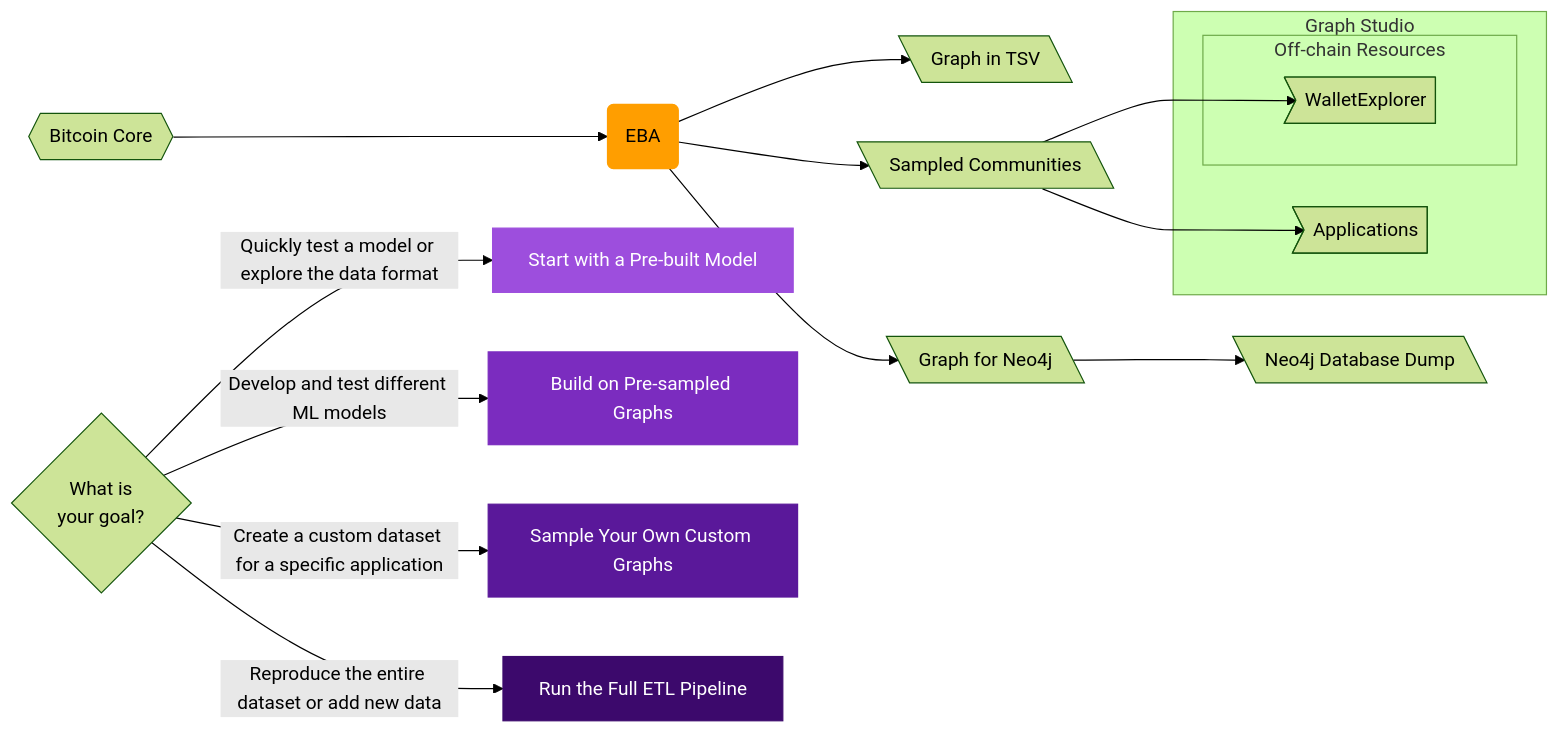
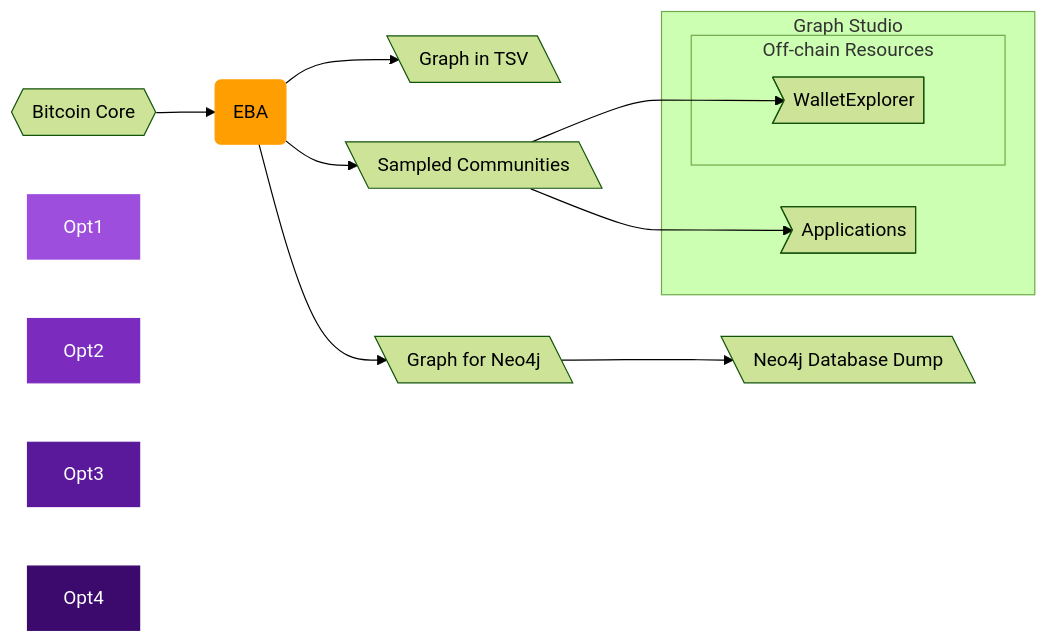
The second of 2 diagrams in README.md (VJalili/MSPC), drawn with Mermaid (forest theme) before and after one commit.

````diff
--- a/README.md
+++ b/README.md
@@ -32,37 +32,30 @@
 ```mermaid
 graph LR
     bitcoinCore{{Bitcoin Core}} --> eba(EBA);
     eba --> tsv[\Graph in TSV\];
     eba --> neo4j[\Graph for Neo4j\];
     neo4j --> neo4jDump[\Neo4j Database Dump\];
     eba --> coms[\Sampled Communities\];
 
     subgraph gStudio[Graph Studio]
         apps>Applications];
         
         subgraph labels[Off-chain Resources]
             wallet>WalletExplorer];
         end
     end
 
     coms --> apps;
     coms --> wallet;
     
-    
-    Q1{"What is<br/>your goal?"};
-
-    Q1 -- "Quickly test a model or explore the data format" --> Opt1[Start with a Pre-built Model];
-    Q1 -- "Develop and test different ML models" --> Opt2[Build on Pre-sampled Graphs];
-    Q1 -- "Create a custom dataset for a specific application" --> Opt3[Sample Your Own Custom Graphs];
-    Q1 -- "Reproduce the entire dataset or add new data" --> Opt4[Run the Full ETL Pipeline];
 
     %% --- Link Definitions ---
     click eba "#opt1" "Go to Pre-built Model Section"
 
     %% --- Styling ---
     style eba fill:#ff9e00,stroke:#ff9e00,color:#000
     style Opt1 fill:#9d4edd,stroke:#9d4edd,color:#fff
     style Opt2 fill:#7b2cbf,stroke:#7b2cbf,color:#fff
     style Opt3 fill:#5a189a,stroke:#5a189a,color:#fff
     style Opt4 fill:#3c096c,stroke:#3c096c,color:#fff
 ```
````
